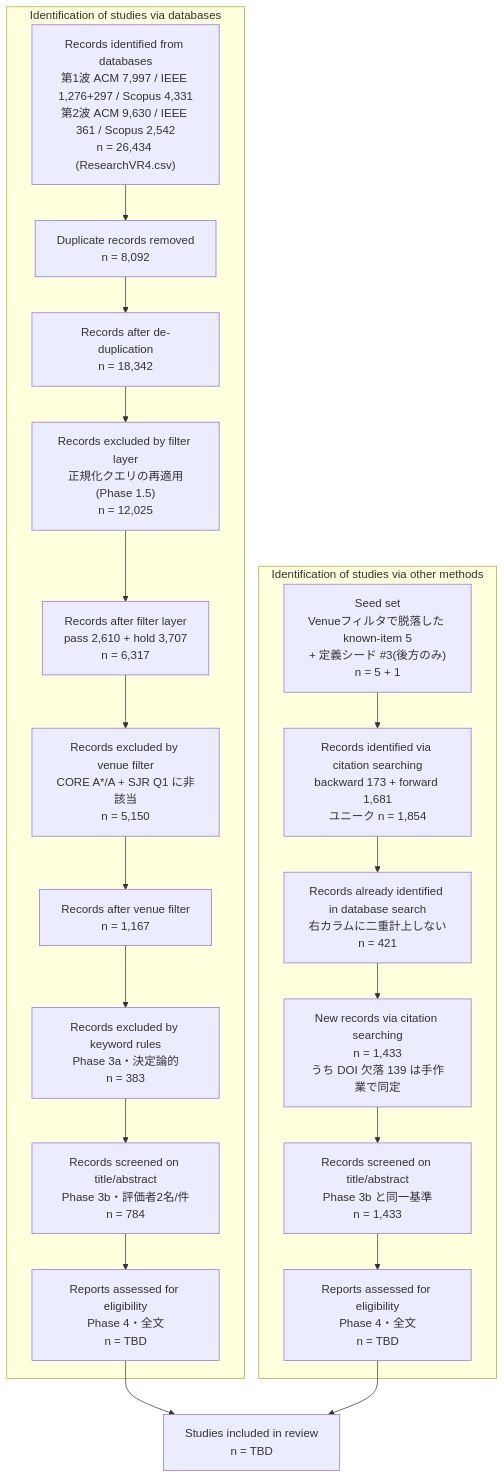
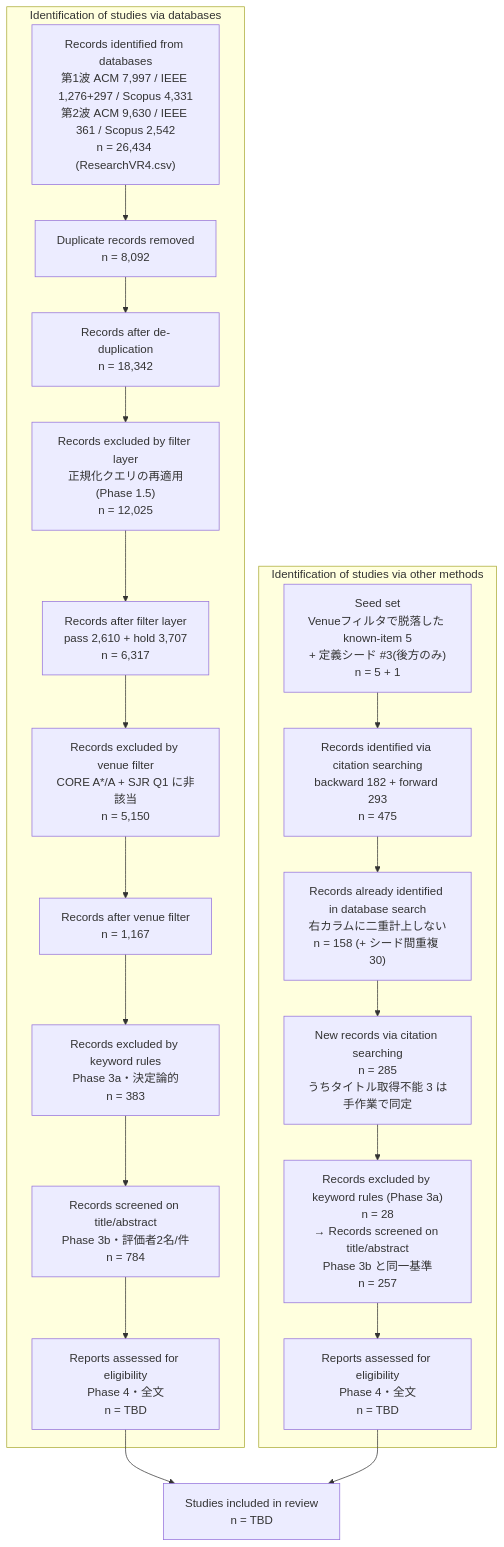
Before and after one commit to usamaru33/SurveyProtocol: the diagram in docs/snowballing_protocol.md, drawn with Mermaid. The commit also changed other lines of this file and 10 other files, not shown here.

````diff
--- a/docs/snowballing_protocol.md
+++ b/docs/snowballing_protocol.md
@@ -186,29 +187,29 @@
 ```mermaid
 flowchart TB
     subgraph L["Identification of studies via databases"]
         L1["Records identified from databases<br/>第1波 ACM 7,997 / IEEE 1,276+297 / Scopus 4,331<br/>第2波 ACM 9,630 / IEEE 361 / Scopus 2,542<br/>n = 26,434 (ResearchVR4.csv)"]
         L2["Duplicate records removed<br/>n = 8,092"]
         L3["Records after de-duplication<br/>n = 18,342"]
         LF["Records excluded by filter layer<br/>正規化クエリの再適用(Phase 1.5)<br/>n = 12,025"]
         LG["Records after filter layer<br/>pass 2,610 + hold 3,707<br/>n = 6,317"]
         L4["Records excluded by venue filter<br/>CORE A*/A + SJR Q1 に非該当<br/>n = 5,150"]
         L5["Records after venue filter<br/>n = 1,167"]
         L6["Records excluded by keyword rules<br/>Phase 3a・決定論的<br/>n = 383"]
         L7["Records screened on title/abstract<br/>Phase 3b・評価者2名/件<br/>n = 784"]
         L8["Reports assessed for eligibility<br/>Phase 4・全文<br/>n = TBD"]
         L1 --> L2 --> L3 --> LF --> LG --> L4 --> L5 --> L6 --> L7 --> L8
     end
 
     subgraph R["Identification of studies via other methods"]
         R1["Seed set<br/>Venueフィルタで脱落した known-item 5<br/>+ 定義シード #3(後方のみ)<br/>n = 5 + 1"]
-        R2["Records identified via citation searching<br/>backward 173 + forward 1,681<br/>ユニーク n = 1,854"]
-        R3["Records already identified in database search<br/>右カラムに二重計上しない<br/>n = 421"]
-        R4["New records via citation searching<br/>n = 1,433<br/>うち DOI 欠落 139 は手作業で同定"]
-        R5["Records screened on title/abstract<br/>Phase 3b と同一基準<br/>n = 1,433"]
+        R2["Records identified via citation searching<br/>backward 182 + forward 293<br/>n = 475"]
+        R3["Records already identified in database search<br/>右カラムに二重計上しない<br/>n = 158 (+ シード間重複 30)"]
+        R4["New records via citation searching<br/>n = 285<br/>うちタイトル取得不能 3 は手作業で同定"]
+        R5["Records excluded by keyword rules (Phase 3a)<br/>n = 28<br/>→ Records screened on title/abstract<br/>Phase 3b と同一基準<br/>n = 257"]
         R6["Reports assessed for eligibility<br/>Phase 4・全文<br/>n = TBD"]
         R1 --> R2 --> R3 --> R4 --> R5 --> R6
     end
 
     L8 --> INC["Studies included in review<br/>n = TBD"]
     R6 --> INC
 ```
````
